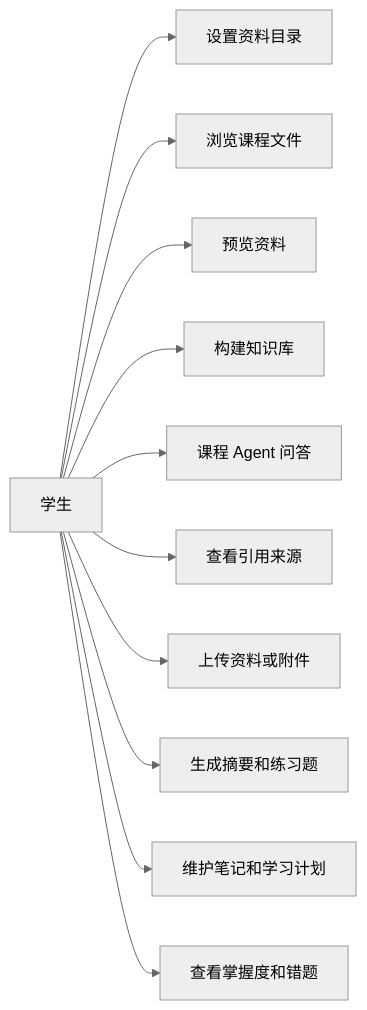
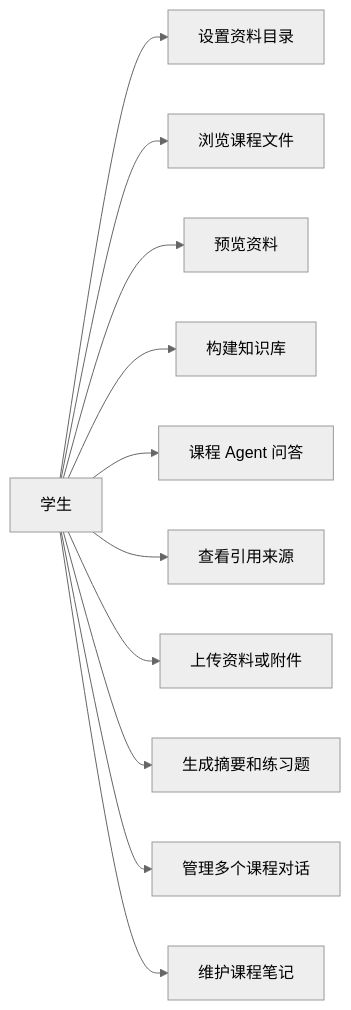
One commit to LuMH1027/ai-learn-assistant changed the second of 8 diagrams in docs/夏季实训提交材料/大型实习报告.md. Above: the diagram before and after it, drawn with Mermaid (neutral theme). The commit also changed other lines of this file and 50 other files, not shown here.

````diff
--- a/docs/夏季实训提交材料/大型实习报告.md
+++ b/docs/夏季实训提交材料/大型实习报告.md
@@ -107,14 +107,14 @@
 ```mermaid
 flowchart LR
     User["学生"]
     User --> UC1["设置资料目录"]
     User --> UC2["浏览课程文件"]
     User --> UC3["预览资料"]
     User --> UC4["构建知识库"]
     User --> UC5["课程 Agent 问答"]
     User --> UC6["查看引用来源"]
     User --> UC7["上传资料或附件"]
     User --> UC8["生成摘要和练习题"]
-    User --> UC9["维护笔记和学习计划"]
-    User --> UC10["查看掌握度和错题"]
+    User --> UC9["管理多个课程对话"]
+    User --> UC10["维护课程笔记"]
 ```
````
